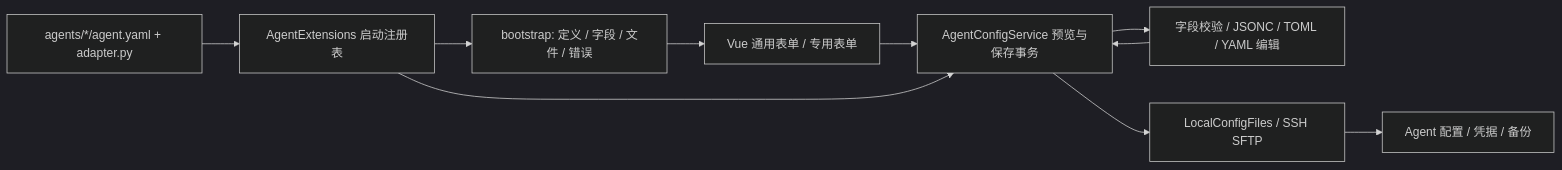
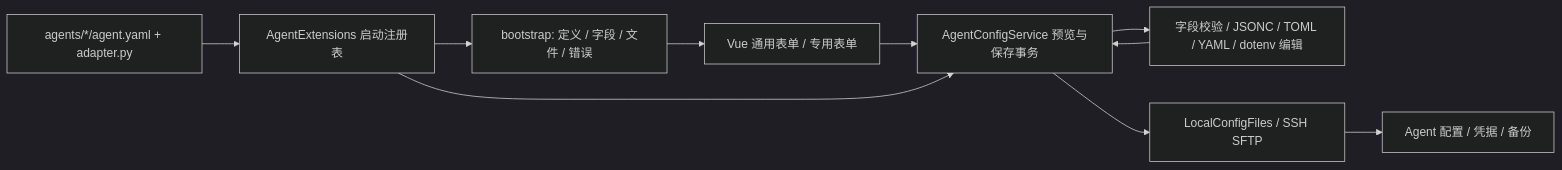
One commit to VonSdite/LLM_Proxy changed the sixth of 14 diagrams in docs/architecture-4plus1.md. Above: the diagram before and after it, drawn with Mermaid (dark theme). The commit also changed other lines of this file and 61 other files, not shown here.

````diff
--- a/docs/architecture-4plus1.md
+++ b/docs/architecture-4plus1.md
@@ -1280,12 +1280,12 @@
 ```mermaid
 flowchart LR
     Definitions["agents/*/agent.yaml + adapter.py"] --> Registry["AgentExtensions 启动注册表"]
     Registry --> Bootstrap["bootstrap: 定义 / 字段 / 文件 / 错误"]
     Bootstrap --> UI["Vue 通用表单 / 专用表单"]
     UI --> Service["AgentConfigService 预览与保存事务"]
     Registry --> Service
-    Service --> Adapter["字段校验 / JSONC / TOML / YAML 编辑"]
+    Service --> Adapter["字段校验 / JSONC / TOML / YAML / dotenv 编辑"]
     Adapter --> Service
     Service --> Transport["LocalConfigFiles / SSH SFTP"]
     Transport --> Files["Agent 配置 / 凭据 / 备份"]
 ```
````
